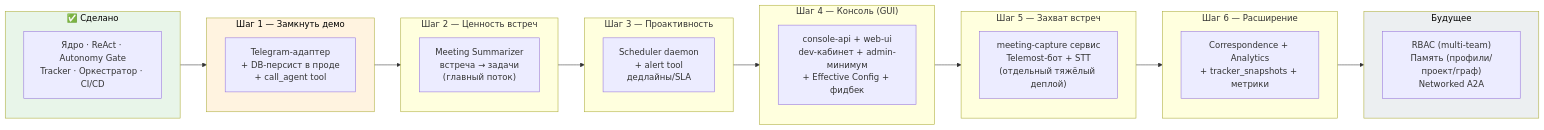
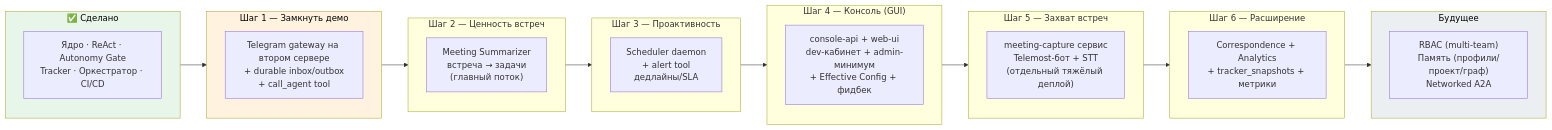
Before and after one commit to Kasuich/telegram_scrum_master: diagram 12 of 13 in docs/TARGET_ARCHITECTURE.md, drawn with Mermaid. The commit also changed other lines of this file and 2 other files, not shown here.

Commit message:
docs(telegram): add complete two-server implementation plan

````diff
--- a/docs/TARGET_ARCHITECTURE.md
+++ b/docs/TARGET_ARCHITECTURE.md
@@ -445,40 +446,40 @@
 ```mermaid
 flowchart LR
     subgraph now["✅ Сделано"]
         N["Ядро · ReAct · Autonomy Gate<br/>Tracker · Оркестратор · CI/CD"]
     end
 
     subgraph s1["Шаг 1 — Замкнуть демо"]
-        A["Telegram-адаптер<br/>+ DB-персист в проде<br/>+ call_agent tool"]
+        A["Telegram gateway на втором сервере<br/>+ durable inbox/outbox<br/>+ call_agent tool"]
     end
 
     subgraph s2["Шаг 2 — Ценность встреч"]
         B["Meeting Summarizer<br/>встреча → задачи<br/>(главный поток)"]
     end
 
     subgraph s3["Шаг 3 — Проактивность"]
         C["Scheduler daemon<br/>+ alert tool<br/>дедлайны/SLA"]
     end
 
     subgraph s4["Шаг 4 — Консоль (GUI)"]
         D["console-api + web-ui<br/>dev-кабинет + admin-минимум<br/>+ Effective Config + фидбек"]
     end
 
     subgraph s5["Шаг 5 — Захват встреч"]
         E["meeting-capture сервис<br/>Telemost-бот + STT<br/>(отдельный тяжёлый деплой)"]
     end
 
     subgraph s6["Шаг 6 — Расширение"]
         G["Correspondence + Analytics<br/>+ tracker_snapshots + метрики"]
     end
 
     subgraph fut["Будущее"]
         F["RBAC (multi-team)<br/>Память (профили/проект/граф)<br/>Networked A2A"]
     end
 
     now --> s1 --> s2 --> s3 --> s4 --> s5 --> s6 --> fut
 
     style now fill:#e8f5e9,color:#000
     style s1 fill:#fff3e0,color:#000
     style fut fill:#eceff1,color:#000
 ```
````
